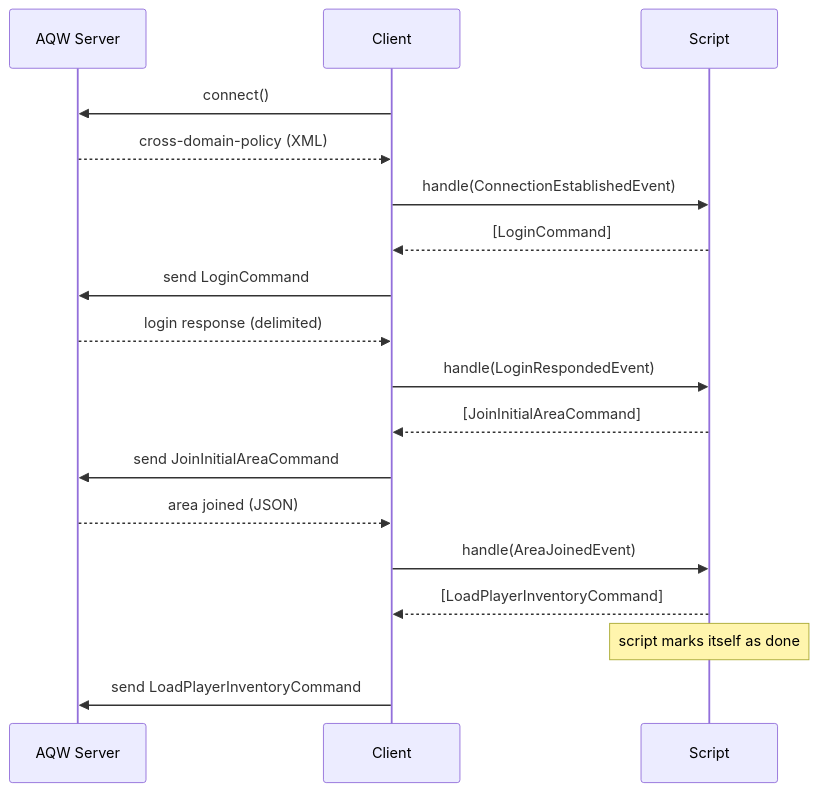
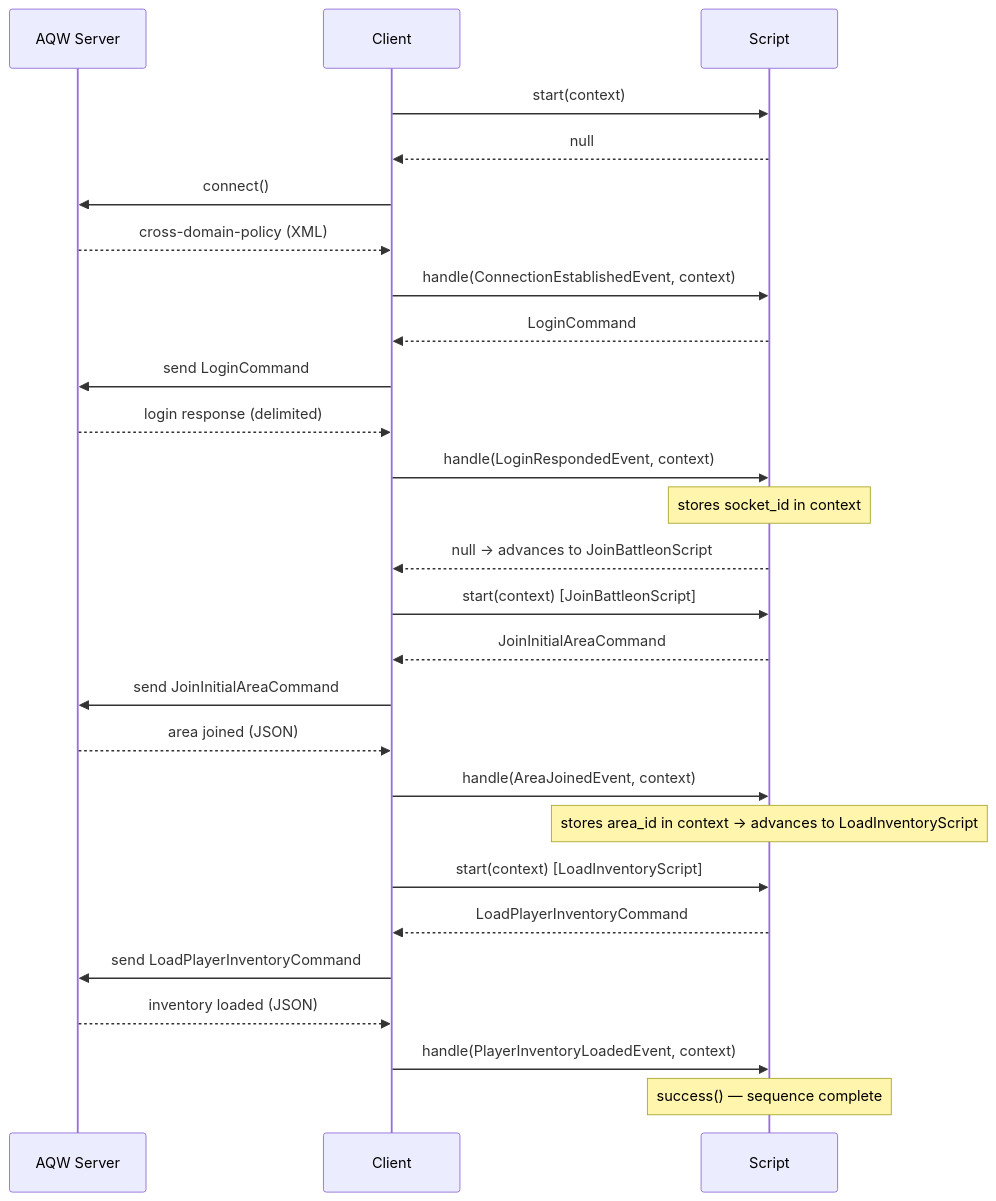
Before and after one commit to dayvsonspacca/aqw-socket-client: the second of 2 diagrams in README.md, drawn with Mermaid. The commit also changed other lines of this file, not shown here.

Commit message:
docs: update README for v6.0.0 script architecture

````diff
--- a/README.md
+++ b/README.md
@@ -34,23 +36,34 @@
 ```mermaid
 sequenceDiagram
     participant Server as AQW Server
     participant Client
     participant Script
 
+    Client->>Script: start(context)
+    Script-->>Client: null
+
     Client->>Server: connect()
     Server-->>Client: cross-domain-policy (XML)
-    Client->>Script: handle(ConnectionEstablishedEvent)
-    Script-->>Client: [LoginCommand]
+    Client->>Script: handle(ConnectionEstablishedEvent, context)
+    Script-->>Client: LoginCommand
     Client->>Server: send LoginCommand
 
     Server-->>Client: login response (delimited)
-    Client->>Script: handle(LoginRespondedEvent)
-    Script-->>Client: [JoinInitialAreaCommand]
+    Client->>Script: handle(LoginRespondedEvent, context)
+    Note over Script: stores socket_id in context
+    Script-->>Client: null → advances to JoinBattleonScript
+    Client->>Script: start(context) [JoinBattleonScript]
+    Script-->>Client: JoinInitialAreaCommand
     Client->>Server: send JoinInitialAreaCommand
 
     Server-->>Client: area joined (JSON)
-    Client->>Script: handle(AreaJoinedEvent)
-    Script-->>Client: [LoadPlayerInventoryCommand]
-    Note over Script: script marks itself as done
+    Client->>Script: handle(AreaJoinedEvent, context)
+    Note over Script: stores area_id in context → advances to LoadInventoryScript
+    Client->>Script: start(context) [LoadInventoryScript]
+    Script-->>Client: LoadPlayerInventoryCommand
     Client->>Server: send LoadPlayerInventoryCommand
+
+    Server-->>Client: inventory loaded (JSON)
+    Client->>Script: handle(PlayerInventoryLoadedEvent, context)
+    Note over Script: success() — sequence complete
 ```
````
